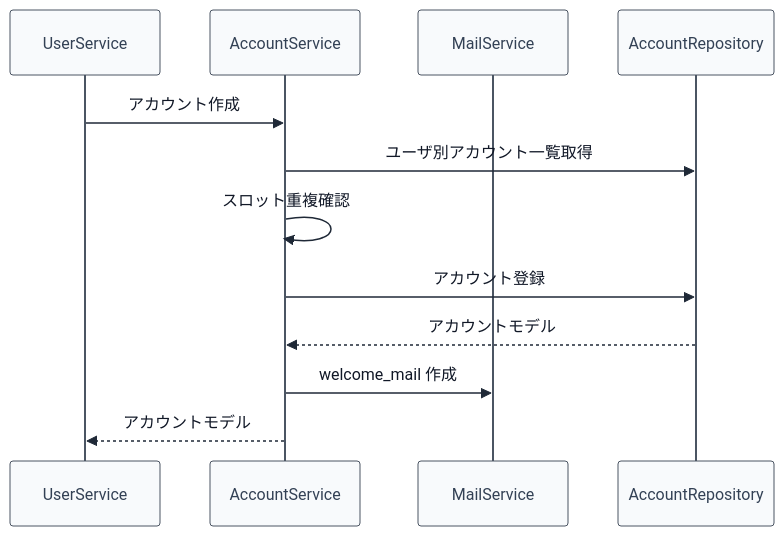
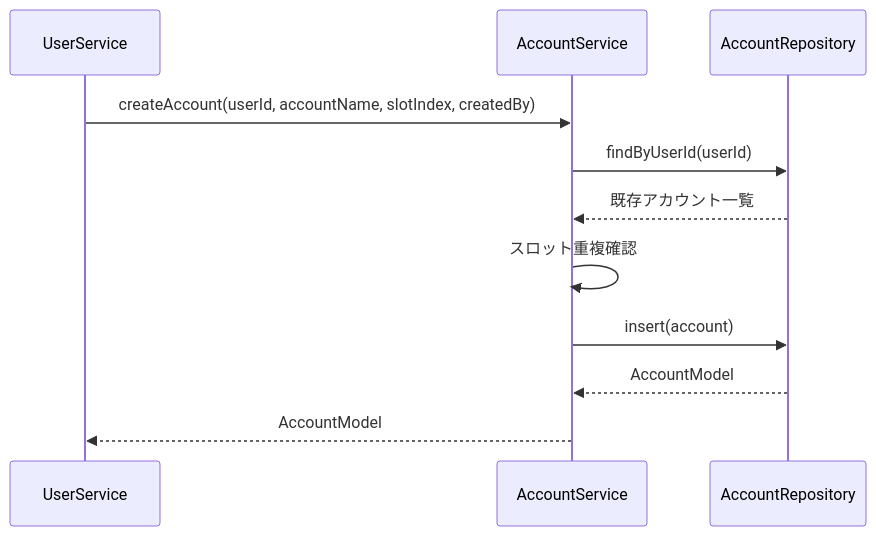
Before and after one commit to maaasu/AstralRecord-Workspace: the first of 4 diagrams in 00_docs/10_Plugin設計書/feature/02-account/4-統合フロー/02_4.00-統合フロー.md, drawn with Mermaid. The commit also changed other lines of this file and 288 other files, not shown here.

````diff
--- a/00_docs/10_Plugin設計書/feature/02-account/4-統合フロー/02_4.00-統合フロー.md
+++ b/00_docs/10_Plugin設計書/feature/02-account/4-統合フロー/02_4.00-統合フロー.md
@@ -5,16 +7,14 @@
 ```mermaid
-%%{init: {"theme": "base", "themeVariables": {"lineColor": "#1f2937", "signalColor": "#1f2937", "signalTextColor": "#111827", "actorBkg": "#f8fafc", "actorBorder": "#4b5563", "actorTextColor": "#334155", "labelBoxBkgColor": "#ffffff", "labelBoxBorderColor": "#374151", "labelTextColor": "#111827"}}}%%
 sequenceDiagram
     participant US as UserService
     participant AS as AccountService
-    participant MS as MailService
     participant AR as AccountRepository
 
-    US->>AS: アカウント作成
-    AS->>AR: ユーザ別アカウント一覧取得
+    US->>AS: createAccount(userId, accountName, slotIndex, createdBy)
+    AS->>AR: findByUserId(userId)
+    AR-->>AS: 既存アカウント一覧
     AS->>AS: スロット重複確認
-    AS->>AR: アカウント登録
-    AR-->>AS: アカウントモデル
-    AS->>MS: welcome_mail 作成
-    AS-->>US: アカウントモデル
+    AS->>AR: insert(account)
+    AR-->>AS: AccountModel
+    AS-->>US: AccountModel
 ```
````
